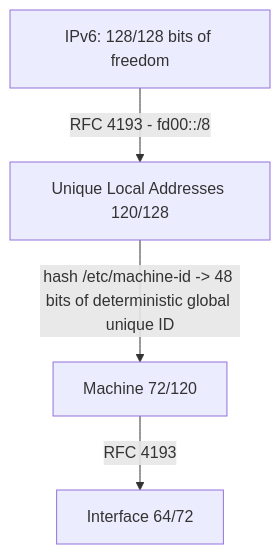
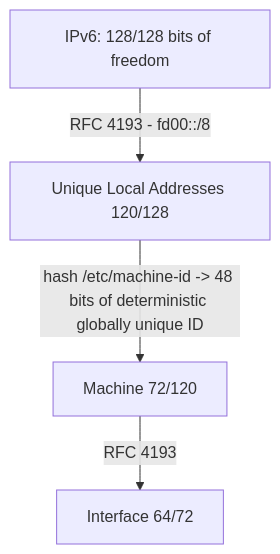
Before and after one commit to ms-jpq/lab: the diagram in doc/NETWORK.md, drawn with Mermaid. The commit also changed other lines of this file and 7 other files, not shown here.

````diff
--- a/doc/NETWORK.md
+++ b/doc/NETWORK.md
@@ -9,11 +13,11 @@
 ```mermaid
 flowchart TD
   ipv6["IPv6: 128/128 bits of freedom"]
   ula["Unique Local Addresses 120/128"]
   mach["Machine 72/120"]
   if["Interface 64/72"]
 
   ipv6 -- "RFC 4193 - fd00::/8" --> ula
-  ula -- "hash /etc/machine-id -> 48 bits of deterministic global unique ID" --> mach
+  ula -- "hash /etc/machine-id -> 48 bits of deterministic globally unique ID" --> mach
   mach -- "RFC 4193" --> if
 ```
````
